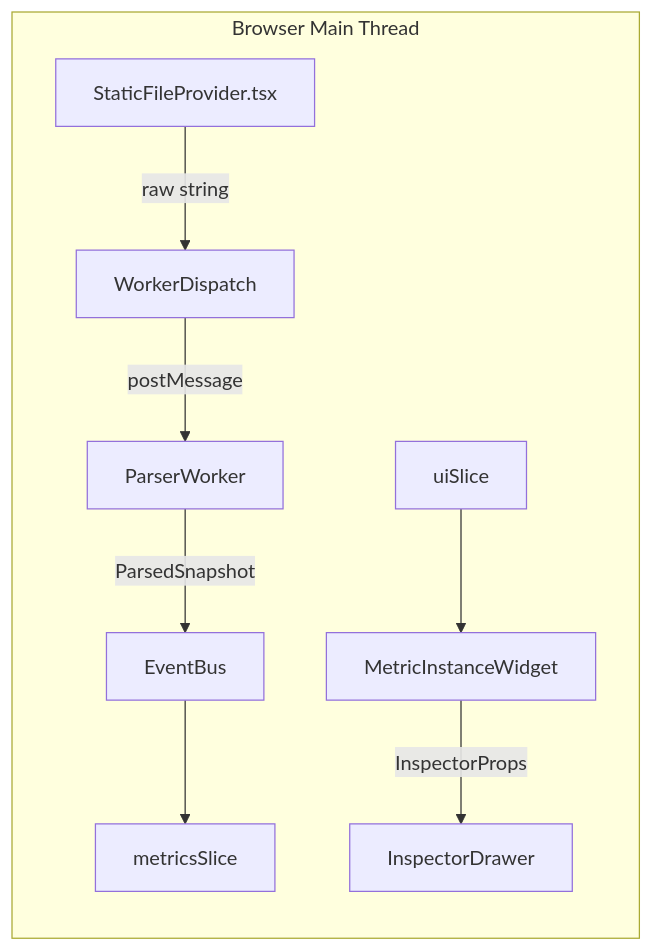
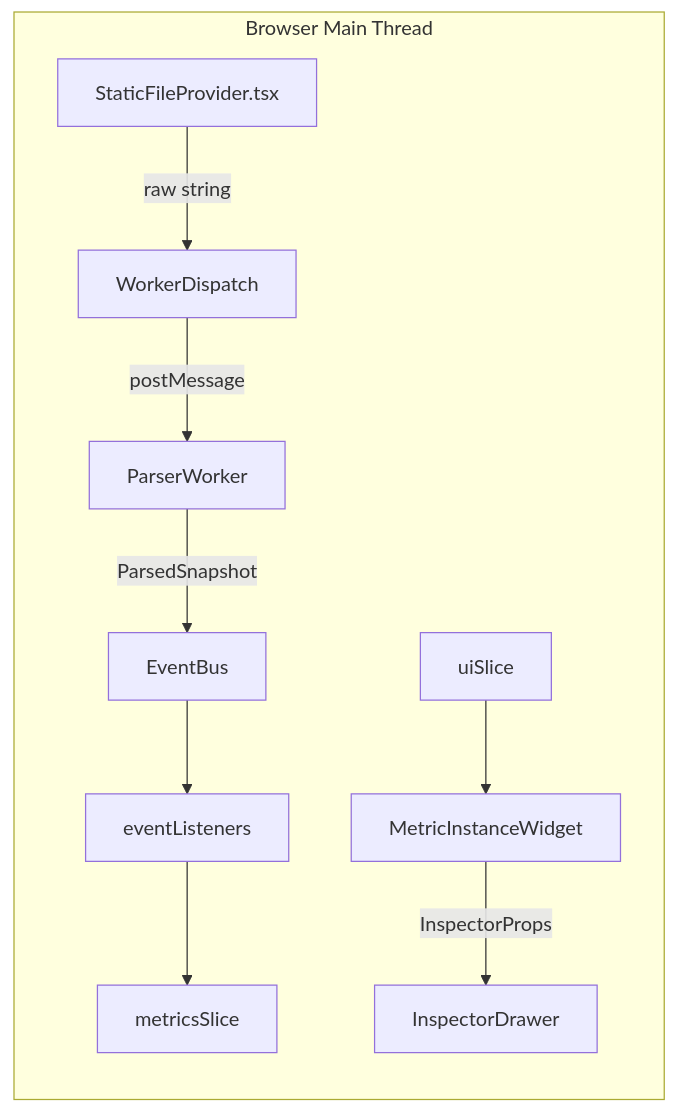
One commit to deepaucksharma/otel-metrics changed the diagram in src/00-Overview.md. Above: the diagram before and after it, drawn with Mermaid.

Commit message:
docs: clarify dispatch chain in overview

````diff
--- a/src/00-Overview.md
+++ b/src/00-Overview.md
@@ -29,11 +29,12 @@
 ```mermaid
 flowchart LR
     subgraph Browser Main Thread
         UI[StaticFileProvider.tsx] --> |raw string| WorkerDispatch
         WorkerDispatch --> |postMessage| ParserWorker
         ParserWorker --> |ParsedSnapshot| EventBus
-        EventBus --> metricsSlice
+        EventBus --> eventListeners
+        eventListeners --> metricsSlice
         uiSlice --> MetricInstanceWidget
         MetricInstanceWidget --> |InspectorProps| InspectorDrawer
     end
 ```
````
